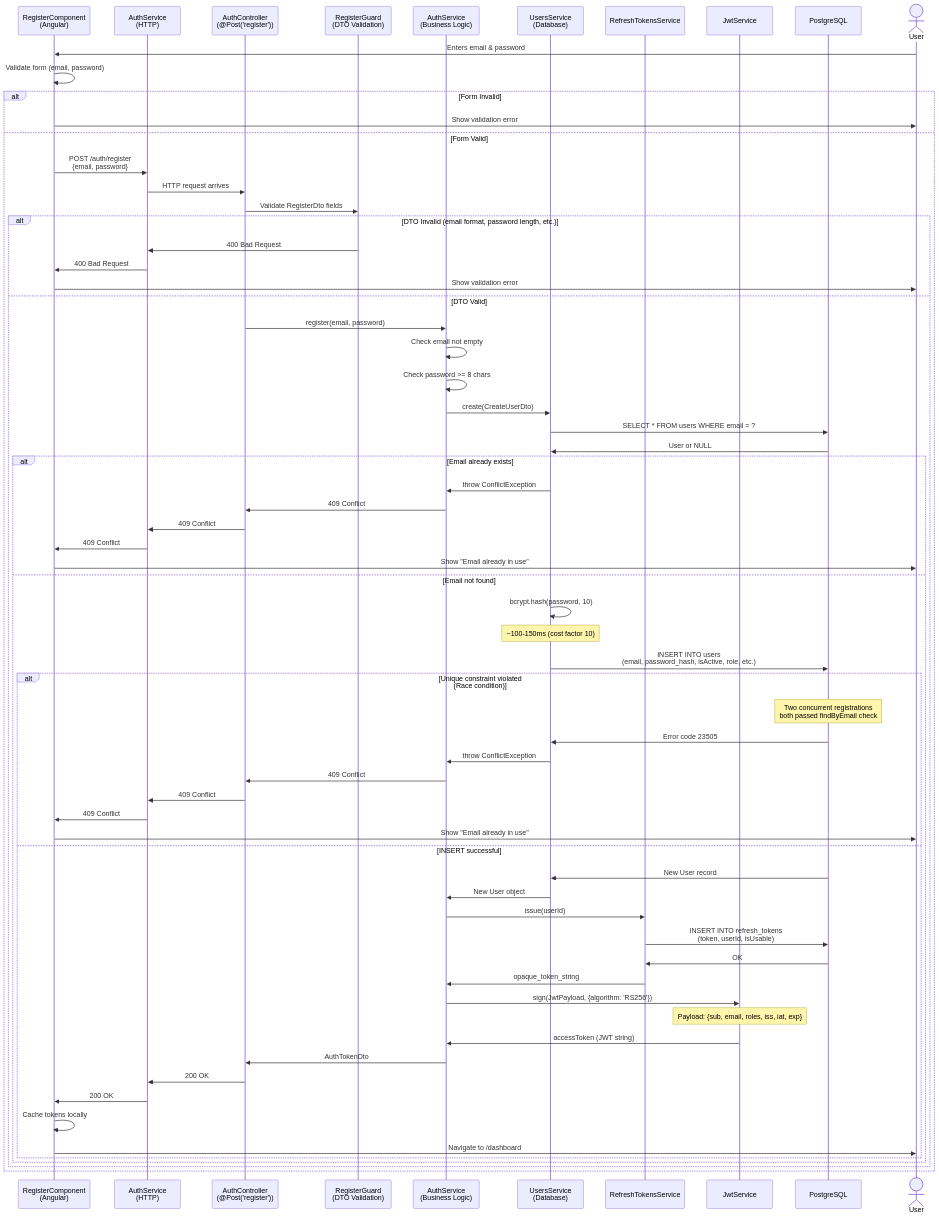
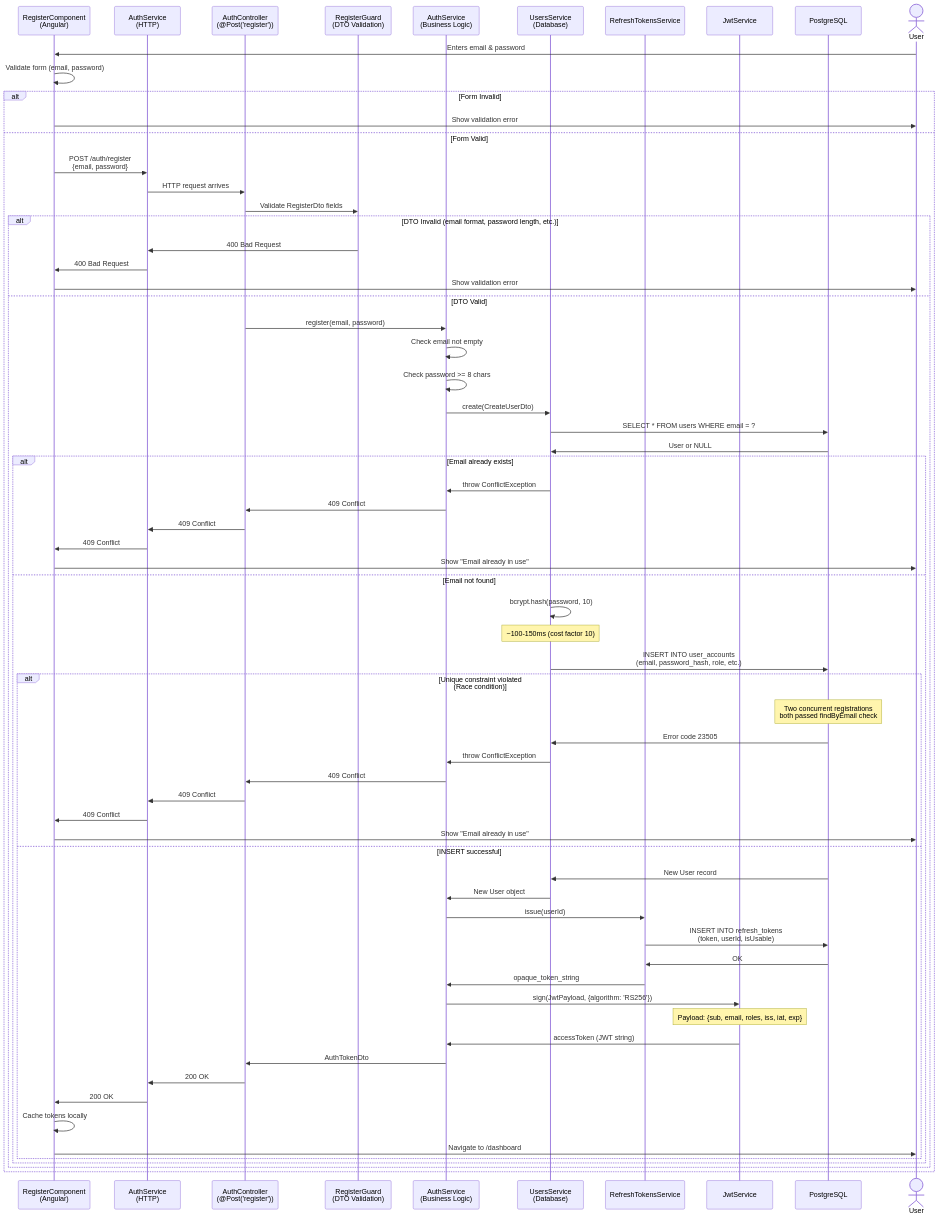
Before and after one commit to seankcheema/trading-season: the diagram in apps/auth-service/Register-Sequence-Diagram.md, drawn with Mermaid. The commit also changed other lines of this file and 5 other files, not shown here.

```diff
--- a/apps/auth-service/Register-Sequence-Diagram.md
+++ b/apps/auth-service/Register-Sequence-Diagram.md
@@ -64,7 +64,7 @@
                 UsersSvc->>UsersSvc: bcrypt.hash(password, 10)
                 Note over UsersSvc: ~100-150ms (cost factor 10)
                 
-                UsersSvc->>DB: INSERT INTO users<br/>(email, password_hash, isActive, role, etc.)
+                UsersSvc->>DB: INSERT INTO user_accounts<br/>(email, password_hash, role, etc.)
                 
                 alt Unique constraint violated<br/>(Race condition)
                     Note over DB: Two concurrent registrations<br/>both passed findByEmail check
```
